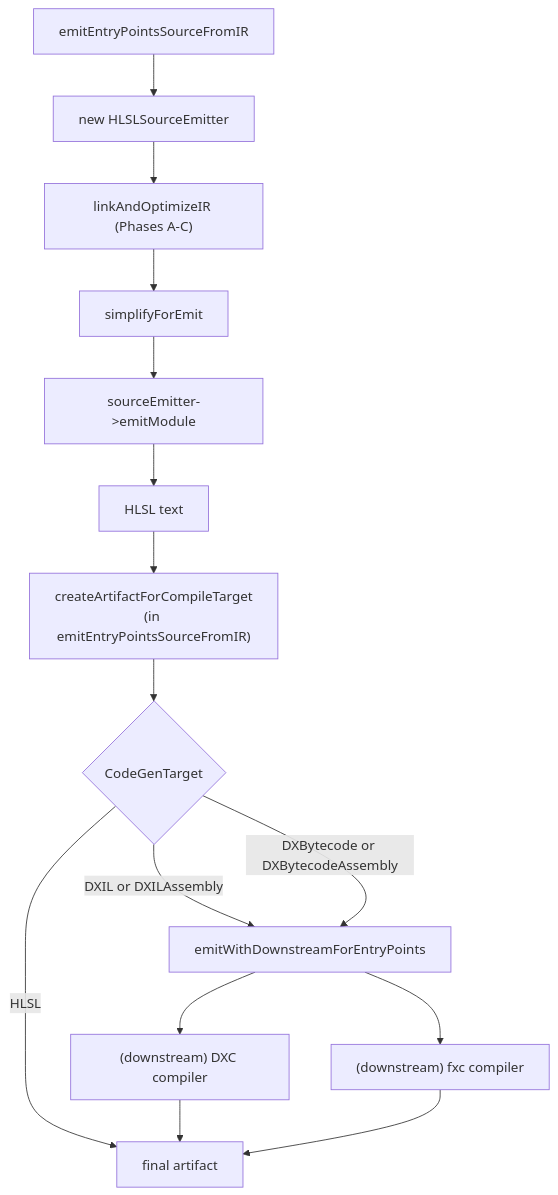
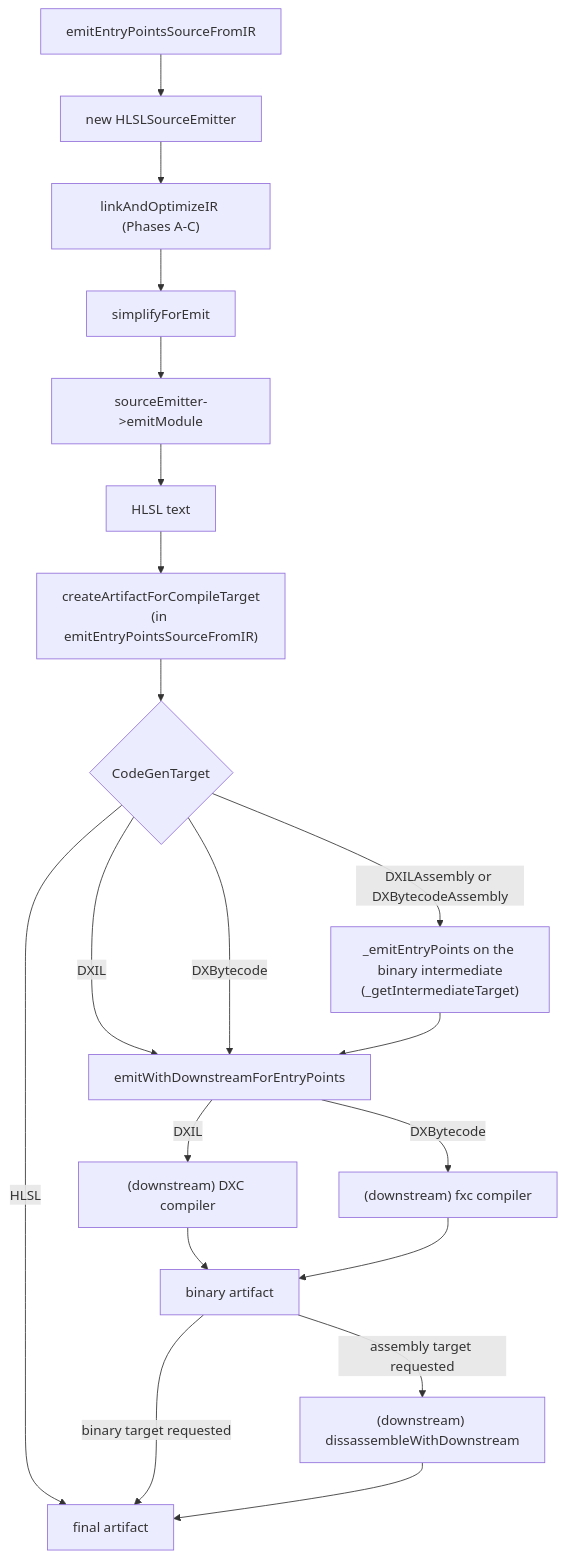
The fifth of 5 diagrams in docs/generated/design/target-pipelines/hlsl.md (shader-slang/slang), drawn with Mermaid before and after one commit. The commit also changed other lines of this file and 176 other files, not shown here.

````diff
--- a/docs/generated/design/target-pipelines/hlsl.md
+++ b/docs/generated/design/target-pipelines/hlsl.md
@@ -493,20 +596,28 @@
 ```mermaid
 flowchart TD
   ent[emitEntryPointsSourceFromIR]
   newEmit[new HLSLSourceEmitter]
   linkOpt2["linkAndOptimizeIR (Phases A-C)"]
   simpForEmit[simplifyForEmit]
   emitModule[sourceEmitter->emitModule]
   textOut[HLSL text]
   artifact["createArtifactForCompileTarget<br/>(in emitEntryPointsSourceFromIR)"]
   selectTarget{CodeGenTarget}
+  intermediate["_emitEntryPoints on the binary intermediate<br/>(_getIntermediateTarget)"]
   downstream["emitWithDownstreamForEntryPoints"]
   dxc["(downstream) DXC compiler"]
   fxc["(downstream) fxc compiler"]
+  binOut[binary artifact]
+  disasm["(downstream) dissassembleWithDownstream"]
   done[final artifact]
 
   ent --> newEmit --> linkOpt2 --> simpForEmit --> emitModule --> textOut --> artifact --> selectTarget
   selectTarget -->|HLSL| done
-  selectTarget -->|"DXIL or DXILAssembly"| downstream --> dxc --> done
-  selectTarget -->|"DXBytecode or DXBytecodeAssembly"| downstream --> fxc --> done
+  selectTarget -->|DXIL| downstream
+  selectTarget -->|DXBytecode| downstream
+  selectTarget -->|"DXILAssembly or DXBytecodeAssembly"| intermediate --> downstream
+  downstream -->|DXIL| dxc --> binOut
+  downstream -->|DXBytecode| fxc --> binOut
+  binOut -->|binary target requested| done
+  binOut -->|assembly target requested| disasm --> done
 ```
````
